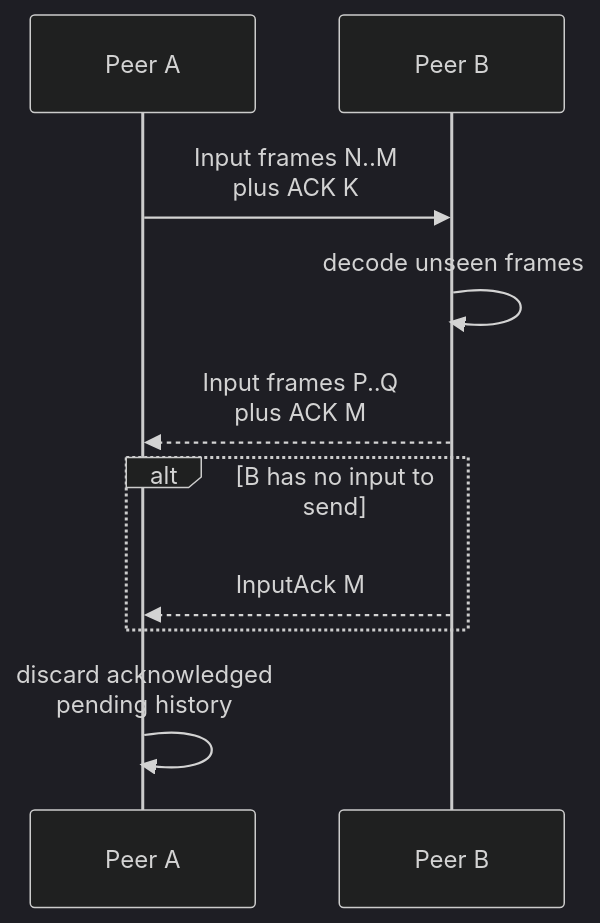
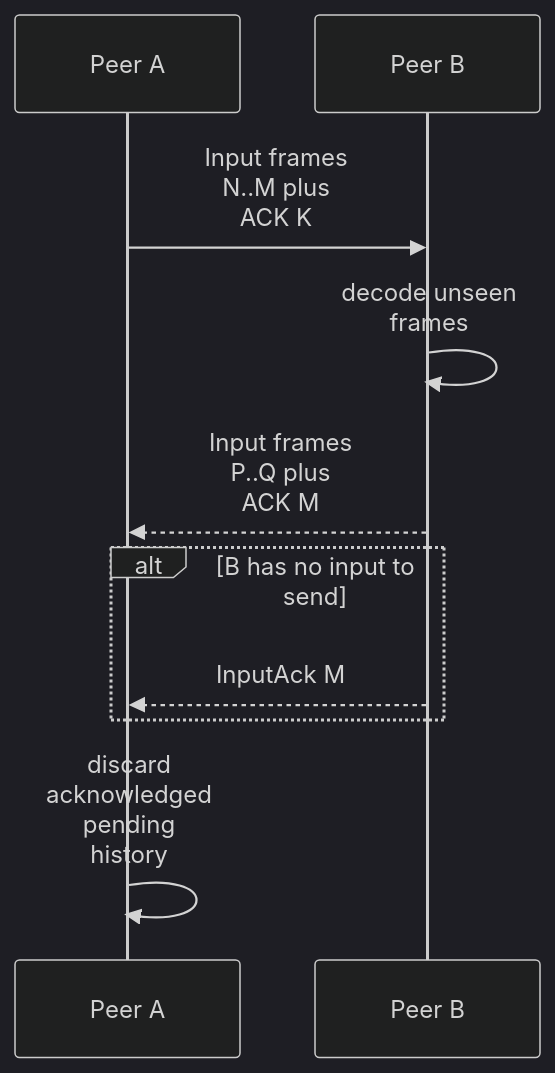
The third of 3 diagrams in doc/architecture/Networking.md (irregularthanis/ggpo-next), drawn with Mermaid (dark theme) before and after one commit. The commit also changed other lines of this file and 8 other files, not shown here.

Commit message:
docs: tighten all architecture diagram wrapping

````diff
--- a/doc/architecture/Networking.md
+++ b/doc/architecture/Networking.md
@@ -104,13 +104,13 @@
 ```mermaid
 sequenceDiagram
     participant A as Peer A
     participant B as Peer B
 
-    A->>B: Input frames N..M<br/>plus ACK K
-    B->>B: decode unseen frames
-    B-->>A: Input frames P..Q<br/>plus ACK M
+    A->>B: Input frames<br/>N..M plus<br/>ACK K
+    B->>B: decode unseen<br/>frames
+    B-->>A: Input frames<br/>P..Q plus<br/>ACK M
     alt B has no input to send
         B-->>A: InputAck M
     end
-    A->>A: discard acknowledged<br/>pending history
+    A->>A: discard<br/>acknowledged<br/>pending<br/>history
 ```
````
